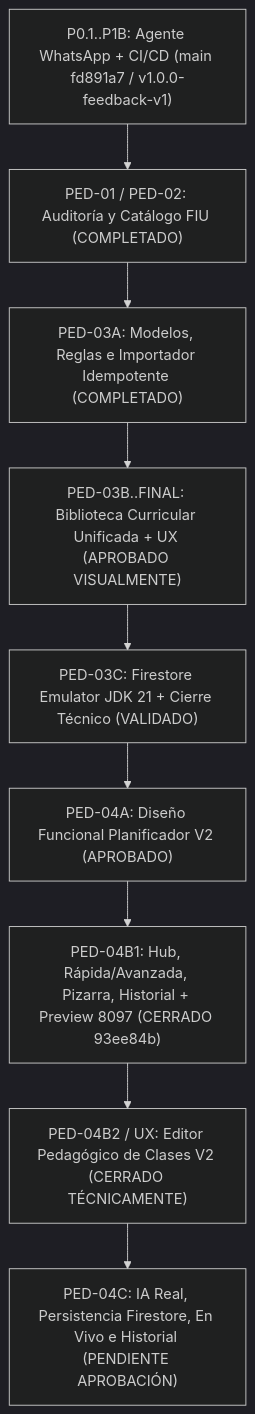
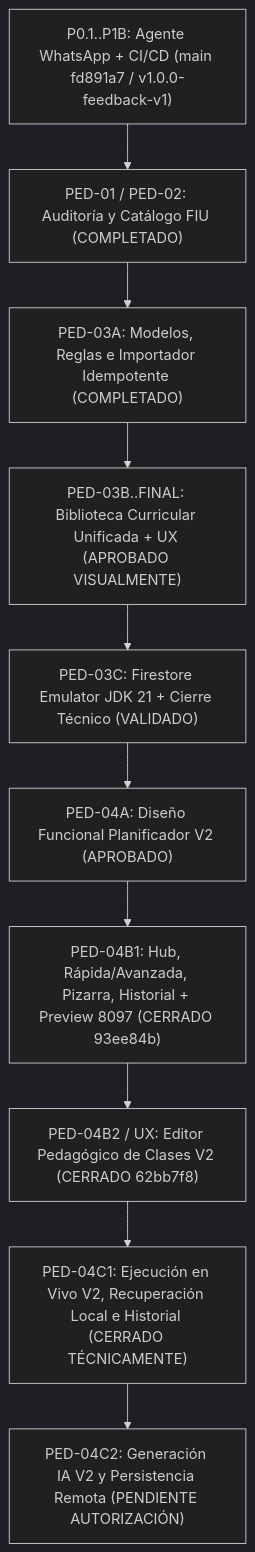
One commit to jumpercusco-ux/ginga-app changed the third of 3 diagrams in CURRENT-STATE.md. Above: the diagram before and after it, drawn with Mermaid (dark theme). The commit also changed other lines of this file and 18 other files, not shown here.

Commit message:
feat(planificador): completar ejecución y continuidad pedagógica PED-04C1

````diff
--- a/CURRENT-STATE.md
+++ b/CURRENT-STATE.md
@@ -452,11 +452,12 @@
 ```mermaid
 flowchart TD
     P01["P0.1..P1B: Agente WhatsApp + CI/CD (main fd891a7 / v1.0.0-feedback-v1)"] --> PED01["PED-01 / PED-02: Auditoría y Catálogo FIU (COMPLETADO)"]
     PED01 --> PED03A["PED-03A: Modelos, Reglas e Importador Idempotente (COMPLETADO)"]
     PED03A --> PED03B["PED-03B..FINAL: Biblioteca Curricular Unificada + UX (APROBADO VISUALMENTE)"]
     PED03B --> PED03C["PED-03C: Firestore Emulator JDK 21 + Cierre Técnico (VALIDADO)"]
     PED03C --> PED04A["PED-04A: Diseño Funcional Planificador V2 (APROBADO)"]
     PED04A --> PED04B1["PED-04B1: Hub, Rápida/Avanzada, Pizarra, Historial + Preview 8097 (CERRADO 93ee84b)"]
-    PED04B1 --> PED04B2["PED-04B2 / UX: Editor Pedagógico de Clases V2 (CERRADO TÉCNICAMENTE)"]
-    PED04B2 --> PED04C["PED-04C: IA Real, Persistencia Firestore, En Vivo e Historial (PENDIENTE APROBACIÓN)"]
+    PED04B1 --> PED04B2["PED-04B2 / UX: Editor Pedagógico de Clases V2 (CERRADO 62bb7f8)"]
+    PED04B2 --> PED04C1["PED-04C1: Ejecución en Vivo V2, Recuperación Local e Historial (CERRADO TÉCNICAMENTE)"]
+    PED04C1 --> PED04C2["PED-04C2: Generación IA V2 y Persistencia Remota (PENDIENTE AUTORIZACIÓN)"]
 ```
````
